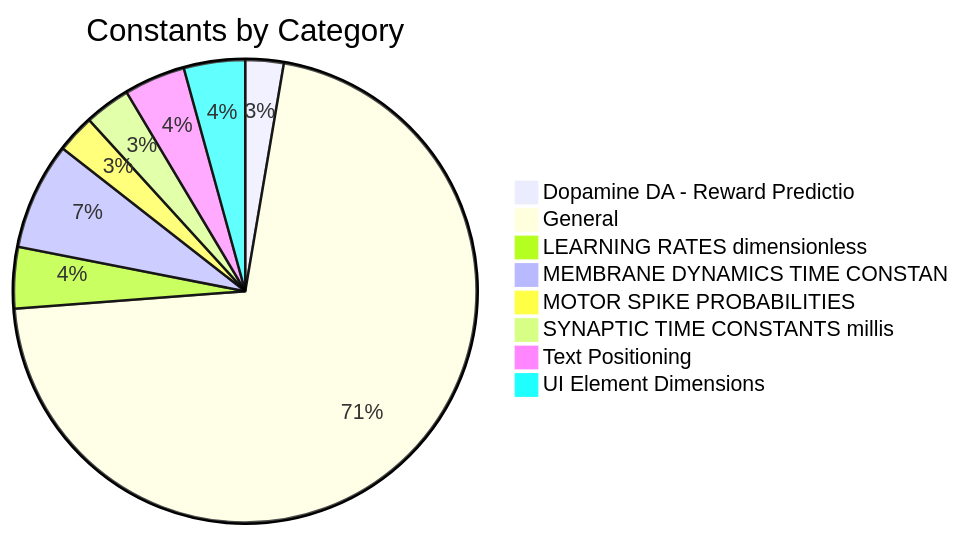
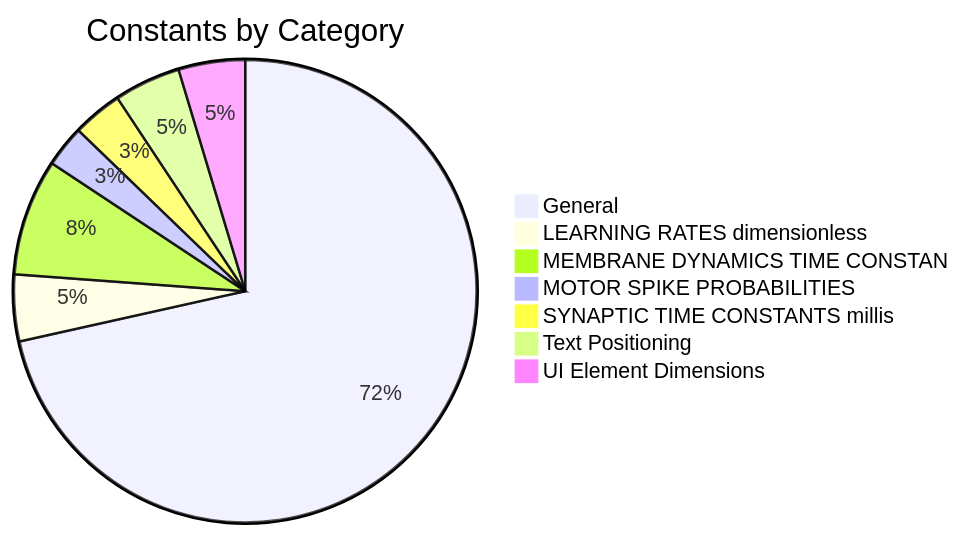
Before and after one commit to kevin-heitfeld/thalia: the diagram in docs/api/CONSTANTS_REFERENCE.md, drawn with Mermaid. The commit also changed other lines of this file and 25 other files, not shown here.

````diff
--- a/docs/api/CONSTANTS_REFERENCE.md
+++ b/docs/api/CONSTANTS_REFERENCE.md
@@ -15,11 +15,10 @@
 ```mermaid
 pie title Constants by Category
-    "Dopamine DA - Reward Predictio" : 5
-    "General" : 133
+    "General" : 123
     "LEARNING RATES dimensionless" : 8
     "MEMBRANE DYNAMICS TIME CONSTAN" : 14
     "MOTOR SPIKE PROBABILITIES" : 5
     "SYNAPTIC TIME CONSTANTS millis" : 6
     "Text Positioning" : 8
     "UI Element Dimensions" : 8
 ```
````
